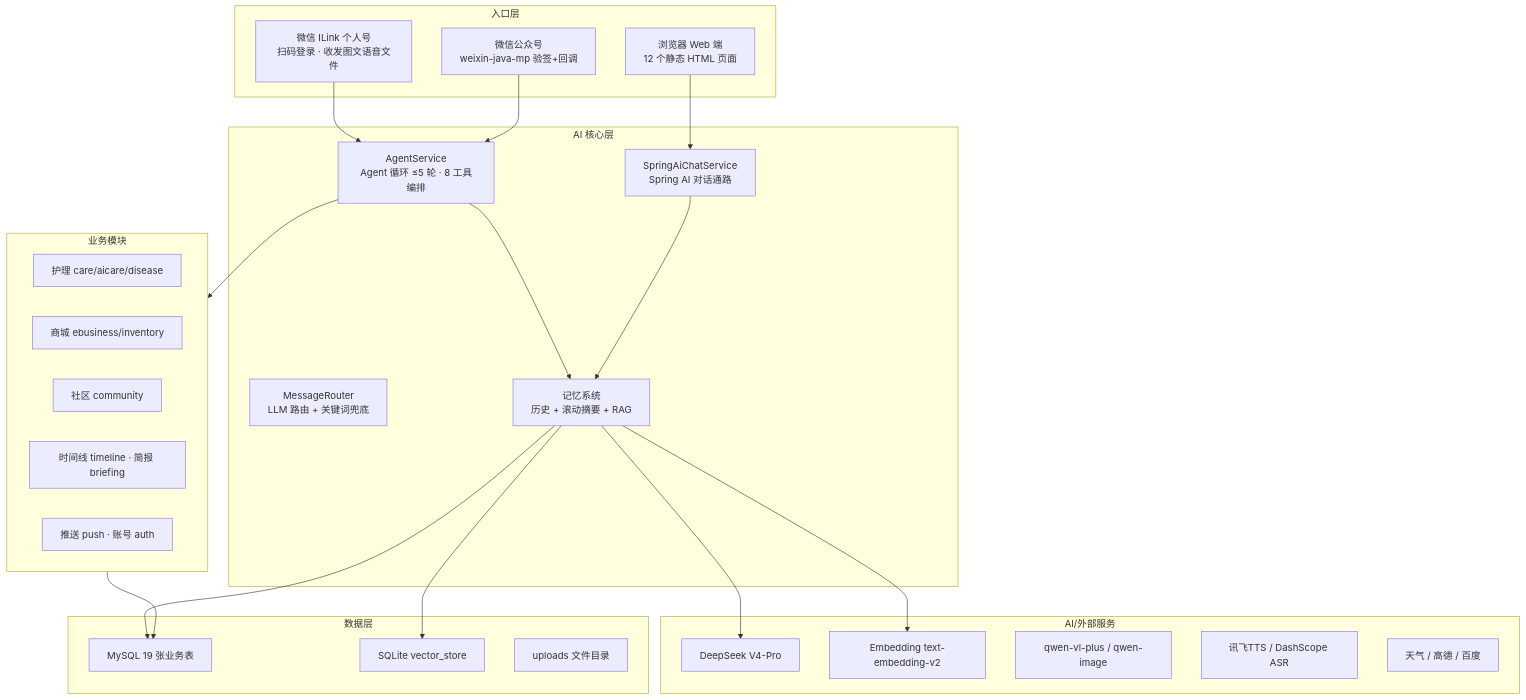
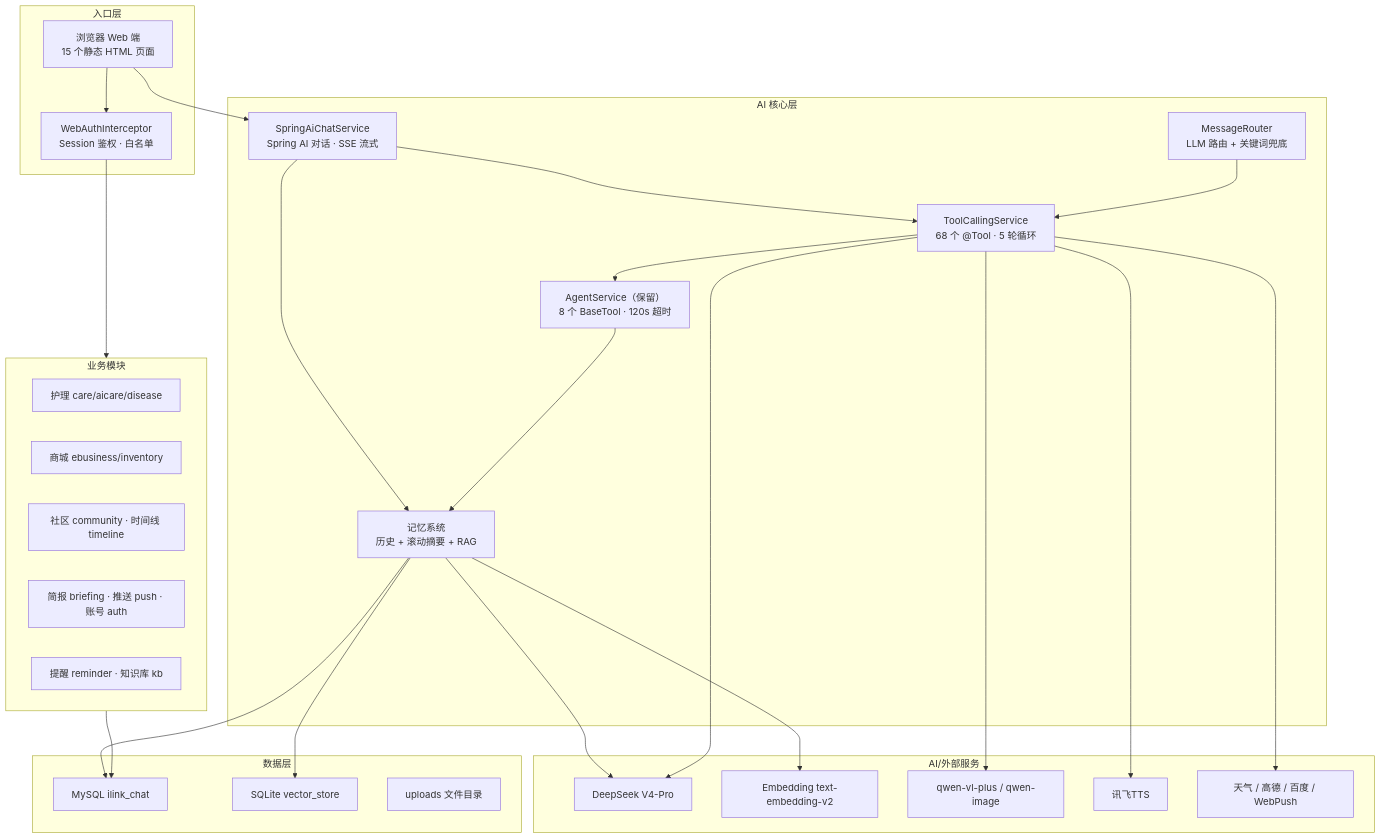
The first of 6 diagrams in 落地文档/项目介绍与记忆RAG系统设计.md (8750shuangyue/WECHATILINK), drawn with Mermaid before and after one commit. The commit also changed other lines of this file and 14 other files, not shown here.

Commit message:
docs: update 落地文档 to Web-only architecture (remove WeChat, 68 tools, auth design, new diagrams)

````diff
--- a/落地文档/项目介绍与记忆RAG系统设计.md
+++ b/落地文档/项目介绍与记忆RAG系统设计.md
@@ -25,49 +28,55 @@
 ```mermaid
 flowchart TB
     subgraph E["入口层"]
-        WX["微信 ILink 个人号<br/>扫码登录 · 收发图文语音文件"]
-        MP["微信公众号<br/>weixin-java-mp 验签+回调"]
-        WEB["浏览器 Web 端<br/>12 个静态 HTML 页面"]
+        WEB["浏览器 Web 端<br/>15 个静态 HTML 页面"]
+        AUTH["WebAuthInterceptor<br/>Session 鉴权 · 白名单"]
     end
 
     subgraph C["AI 核心层"]
-        AGENT["AgentService<br/>Agent 循环 ≤5 轮 · 8 工具编排"]
-        SAI["SpringAiChatService<br/>Spring AI 对话通路"]
+        SAI["SpringAiChatService<br/>Spring AI 对话 · SSE 流式"]
+        TCS["ToolCallingService<br/>68 个 @Tool · 5 轮循环"]
+        AGENT["AgentService（保留）<br/>8 个 BaseTool · 120s 超时"]
         ROUTER["MessageRouter<br/>LLM 路由 + 关键词兜底"]
         MEM["记忆系统<br/>历史 + 滚动摘要 + RAG"]
     end
 
     subgraph B["业务模块"]
         B1["护理 care/aicare/disease"]
         B2["商城 ebusiness/inventory"]
-        B3["社区 community"]
-        B4["时间线 timeline · 简报 briefing"]
-        B5["推送 push · 账号 auth"]
+        B3["社区 community · 时间线 timeline"]
+        B4["简报 briefing · 推送 push · 账号 auth"]
+        B5["提醒 reminder · 知识库 kb"]
     end
 
     subgraph AI["AI/外部服务"]
         A1["DeepSeek V4-Pro"]
         A2["Embedding text-embedding-v2"]
         A3["qwen-vl-plus / qwen-image"]
-        A4["讯飞TTS / DashScope ASR"]
-        A5["天气 / 高德 / 百度"]
+        A4["讯飞TTS"]
+        A5["天气 / 高德 / 百度 / WebPush"]
     end
 
     subgraph D["数据层"]
-        D1["MySQL 19 张业务表"]
+        D1["MySQL ilink_chat"]
         D2["SQLite vector_store"]
         D3["uploads 文件目录"]
     end
 
-    WX --> AGENT
-    MP --> AGENT
+    WEB --> AUTH
     WEB --> SAI
+    AUTH --> B
+    SAI --> TCS
+    SAI --> MEM
+    TCS --> AGENT
+    ROUTER --> TCS
     AGENT --> MEM
-    SAI --> MEM
-    AGENT --> B
     B --> D1
     MEM --> A1
     MEM --> A2
     MEM --> D1
     MEM --> D2
+    TCS --> A1
+    TCS --> A3
+    TCS --> A4
+    TCS --> A5
 ```
````
